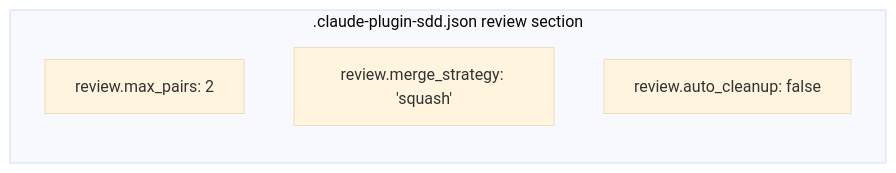
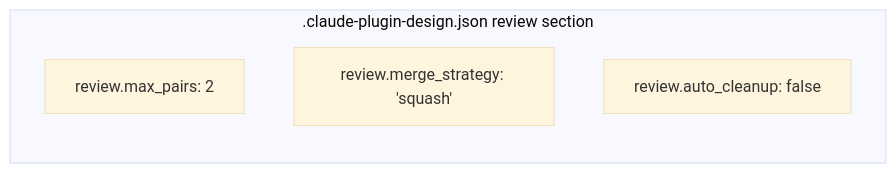
Before and after one commit to joestump/claude-plugin-sdd: the third of 3 diagrams in docs/openspec/specs/parallel-pr-review/design.md, drawn with Mermaid (base theme). The commit also changed other lines of this file and 33 other files, not shown here.

````diff
--- a/docs/openspec/specs/parallel-pr-review/design.md
+++ b/docs/openspec/specs/parallel-pr-review/design.md
@@ -161,8 +161,8 @@
 ```mermaid
 flowchart LR
-    subgraph ".claude-plugin-sdd.json review section"
+    subgraph ".claude-plugin-design.json review section"
         r1["review.max_pairs: 2"]
         r2["review.merge_strategy: 'squash'"]
         r3["review.auto_cleanup: false"]
     end
 ```
````
